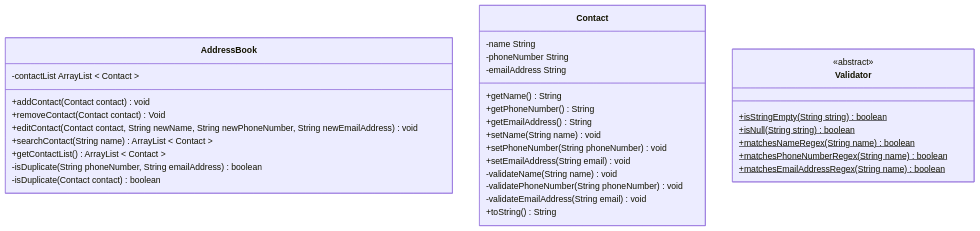
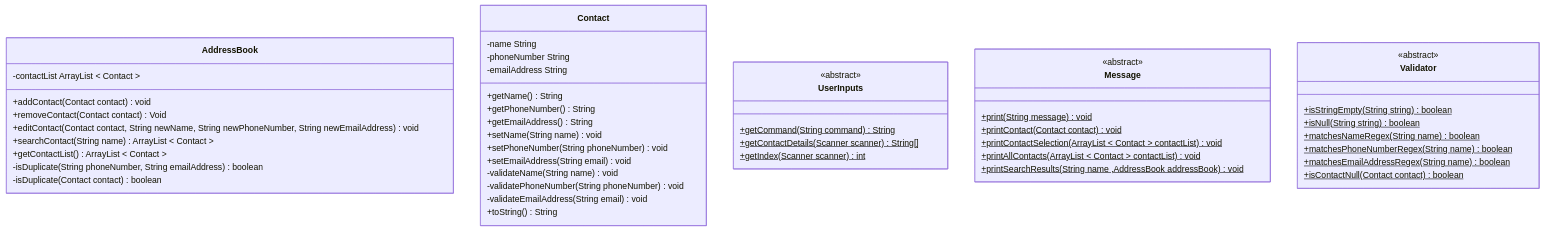
The diagram in docs/domain-models-test-plan.md (fabiodplacerda/Address-book), drawn with Mermaid before and after one commit. The commit also changed other lines of this file and 1 other file, not shown here.

Commit message:
UPDATE: domain models test plan for improved readability and consistency

````diff
--- a/docs/domain-models-test-plan.md
+++ b/docs/domain-models-test-plan.md
@@ -104,39 +104,55 @@
 ```mermaid
 classDiagram
     class AddressBook {
         -contactList ArrayList < Contact >
         +addContact(Contact contact) void
         +removeContact(Contact contact) Void
         +editContact(Contact contact, String newName, String newPhoneNumber, String newEmailAddress) void
         +searchContact(String name) ArrayList < Contact >
         +getContactList() ArrayList < Contact >
         -isDuplicate(String phoneNumber, String emailAddress) boolean
         -isDuplicate(Contact contact) boolean
     }
 
     class Contact {
         -name String
         -phoneNumber String
         -emailAddress String
         +getName() String
         +getPhoneNumber() String
         +getEmailAddress() String
         +setName(String name) void
         +setPhoneNumber(String phoneNumber) void
         +setEmailAddress(String email) void
         -validateName(String name) void
         -validatePhoneNumber(String phoneNumber) void
         -validateEmailAddress(String email) void
         +toString() String
     }
 
+    class UserInputs {
+        <<abstract>>
+        +getCommand(String command)$ String
+        +getContactDetails(Scanner scanner)$ String[]
+        +getIndex(Scanner scanner)$ int
+    }
+    class Message {
+        <<abstract>>
+        +print(String message)$ void
+        +printContact(Contact contact)$ void
+        +printContactSelection(ArrayList < Contact > contactList)$ void
+        +printAllContacts(ArrayList < Contact > contactList)$ void
+        +printSearchResults(String name ,AddressBook addressBook)$ void
+    }
+
     class Validator {
         <<abstract>>
         +isStringEmpty(String string)$ boolean
         +isNull(String string)$ boolean
         +matchesNameRegex(String name)$ boolean
         +matchesPhoneNumberRegex(String name)$ boolean
         +matchesEmailAddressRegex(String name)$ boolean
+        +isContactNull(Contact contact)$ boolean
     }
 
 ```
````
